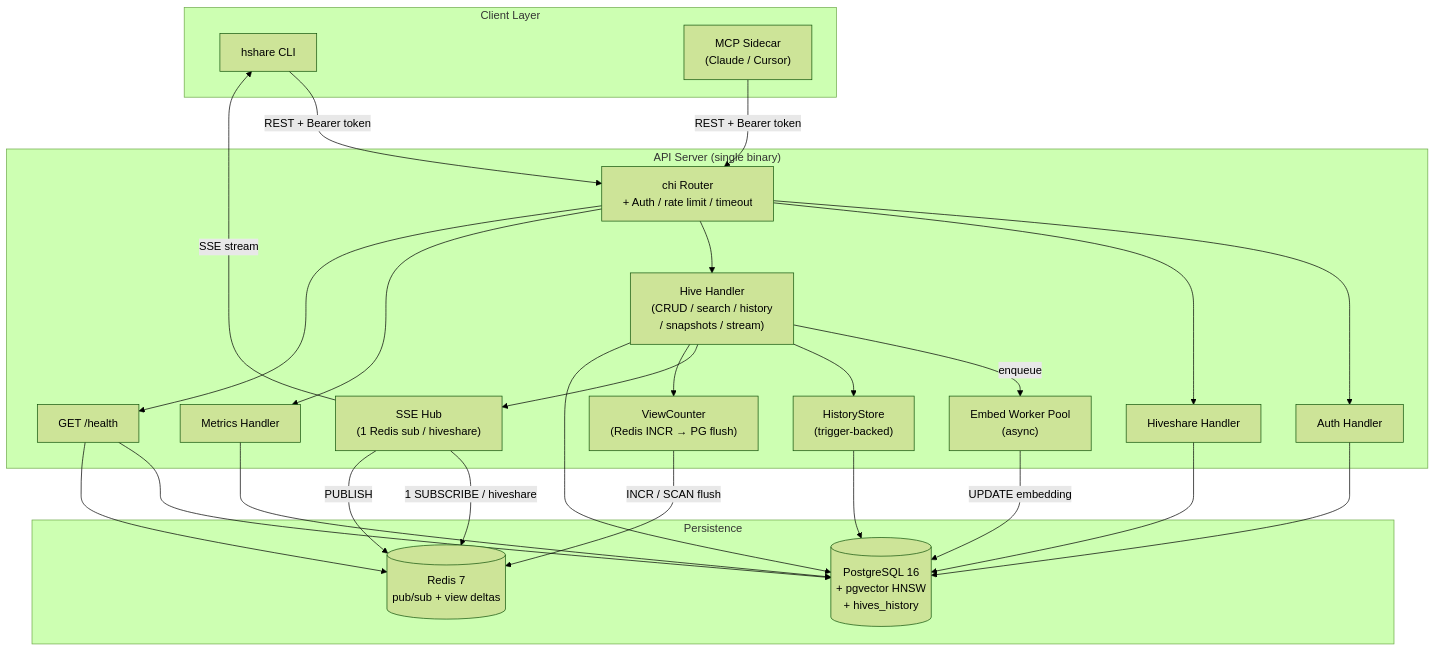
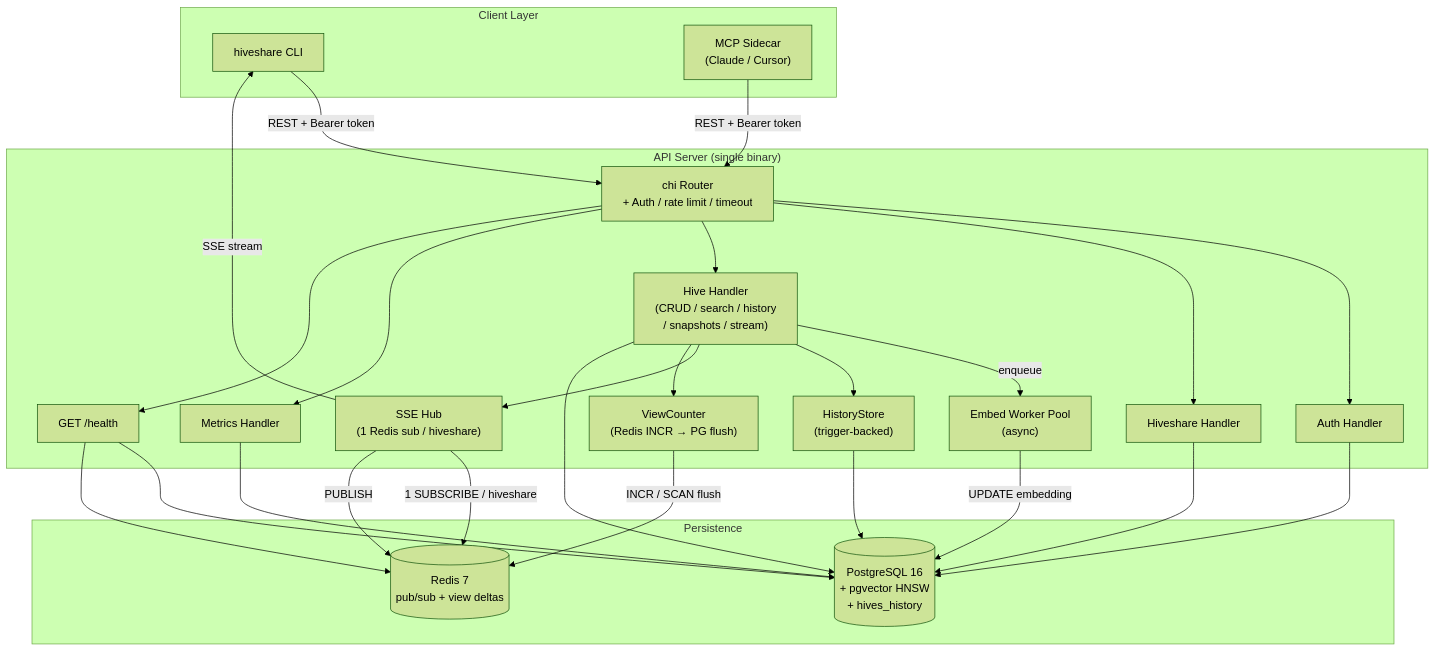
One commit to KB-perByte/hiveshare changed the first of 8 diagrams in docs/ARCHITECTURE.md. Above: the diagram before and after it, drawn with Mermaid (forest theme). The commit also changed other lines of this file and 12 other files, not shown here.

````diff
--- a/docs/ARCHITECTURE.md
+++ b/docs/ARCHITECTURE.md
@@ -9,49 +9,49 @@
 ```mermaid
 graph TB
     subgraph Clients["Client Layer"]
-        CLI["hshare CLI"]
+        CLI["hiveshare CLI"]
         MCP["MCP Sidecar\n(Claude / Cursor)"]
     end
 
     subgraph Server["API Server (single binary)"]
         Router["chi Router\n+ Auth / rate limit / timeout"]
         AuthH["Auth Handler"]
         HSH["Hiveshare Handler"]
         MemH["Hive Handler\n(CRUD / search / history\n/ snapshots / stream)"]
         MetH["Metrics Handler"]
         Health["GET /health"]
         EmbedW["Embed Worker Pool\n(async)"]
         Hist["HistoryStore\n(trigger-backed)"]
         Hub["SSE Hub\n(1 Redis sub / hiveshare)"]
         Views["ViewCounter\n(Redis INCR → PG flush)"]
     end
 
     subgraph Storage["Persistence"]
         PG[("PostgreSQL 16\n+ pgvector HNSW\n+ hives_history")]
         Redis[("Redis 7\npub/sub + view deltas")]
     end
 
     CLI -->|REST + Bearer token| Router
     MCP -->|REST + Bearer token| Router
     Router --> AuthH
     Router --> HSH
     Router --> MemH
     Router --> MetH
     Router --> Health
     MemH -->|enqueue| EmbedW
     EmbedW -->|UPDATE embedding| PG
     MemH --> Hist
     Hist --> PG
     MemH --> Hub
     MemH --> Views
     Hub -->|1 SUBSCRIBE / hiveshare| Redis
     Hub -->|SSE stream| CLI
     Views -->|INCR / SCAN flush| Redis
     AuthH --> PG
     HSH --> PG
     MemH --> PG
     MetH --> PG
     Health --> PG
     Health --> Redis
     Hub -->|PUBLISH| Redis
 ```
````
